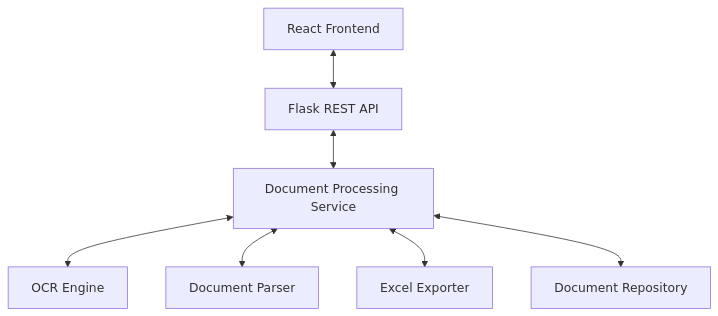
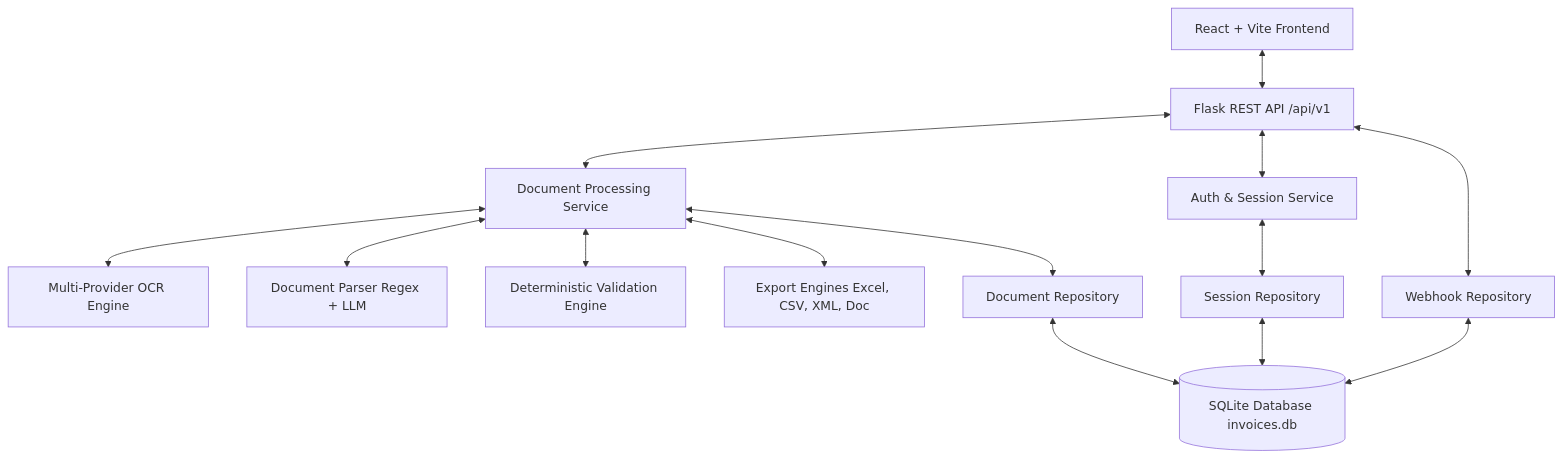
The diagram in docs/ARCHITECTURE.md (AdityaWagh06/Document-to-Excel), drawn with Mermaid before and after one commit. The commit also changed other lines of this file and 2 other files, not shown here.

Commit message:
docs: update architecture, API specs, and feature status for SQLite persistence

````diff
--- a/docs/ARCHITECTURE.md
+++ b/docs/ARCHITECTURE.md
@@ -6,9 +7,16 @@
 ```mermaid
 graph TD
-    Client[React Frontend] <--> API[Flask REST API]
+    Client[React + Vite Frontend] <--> API[Flask REST API /api/v1]
+    API <--> Auth[Auth & Session Service]
     API <--> Service[Document Processing Service]
-    Service <--> OCR[OCR Engine]
-    Service <--> Parser[Document Parser]
-    Service <--> Export[Excel Exporter]
+    Service <--> OCR[Multi-Provider OCR Engine]
+    Service <--> Parser[Document Parser Regex + LLM]
+    Service <--> Validation[Deterministic Validation Engine]
+    Service <--> Export[Export Engines Excel, CSV, XML, Doc]
     Service <--> Repo[Document Repository]
+    Repo <--> SQLite[(SQLite Database invoices.db)]
+    Auth <--> SessionRepo[Session Repository]
+    SessionRepo <--> SQLite
+    API <--> WebhookRepo[Webhook Repository]
+    WebhookRepo <--> SQLite
 ```
````
